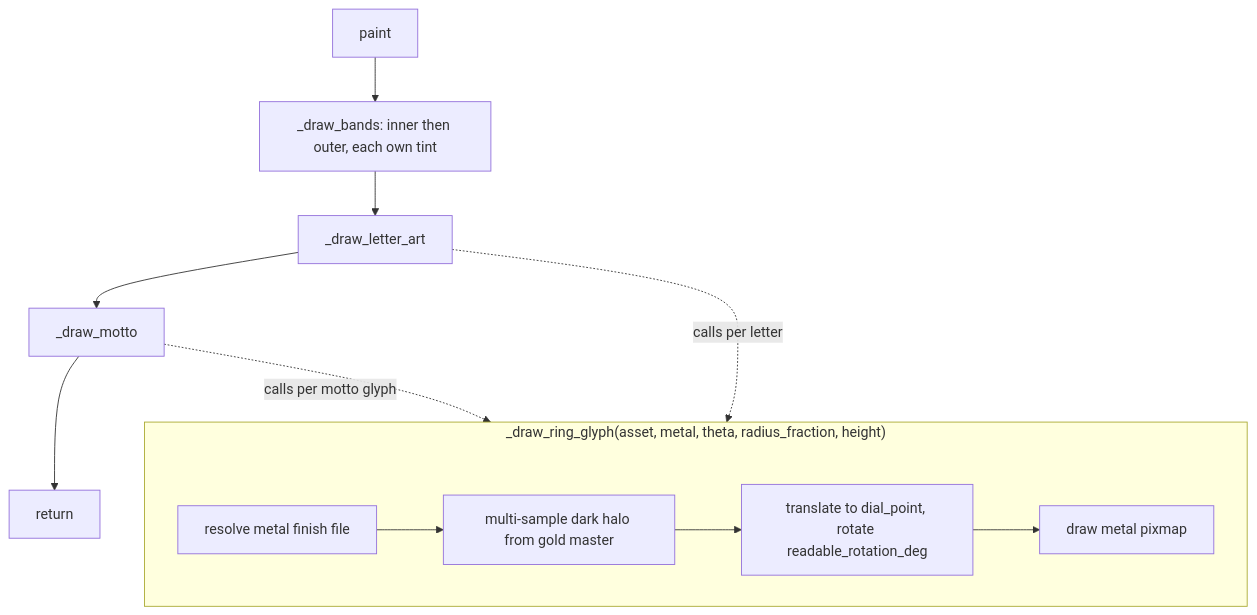
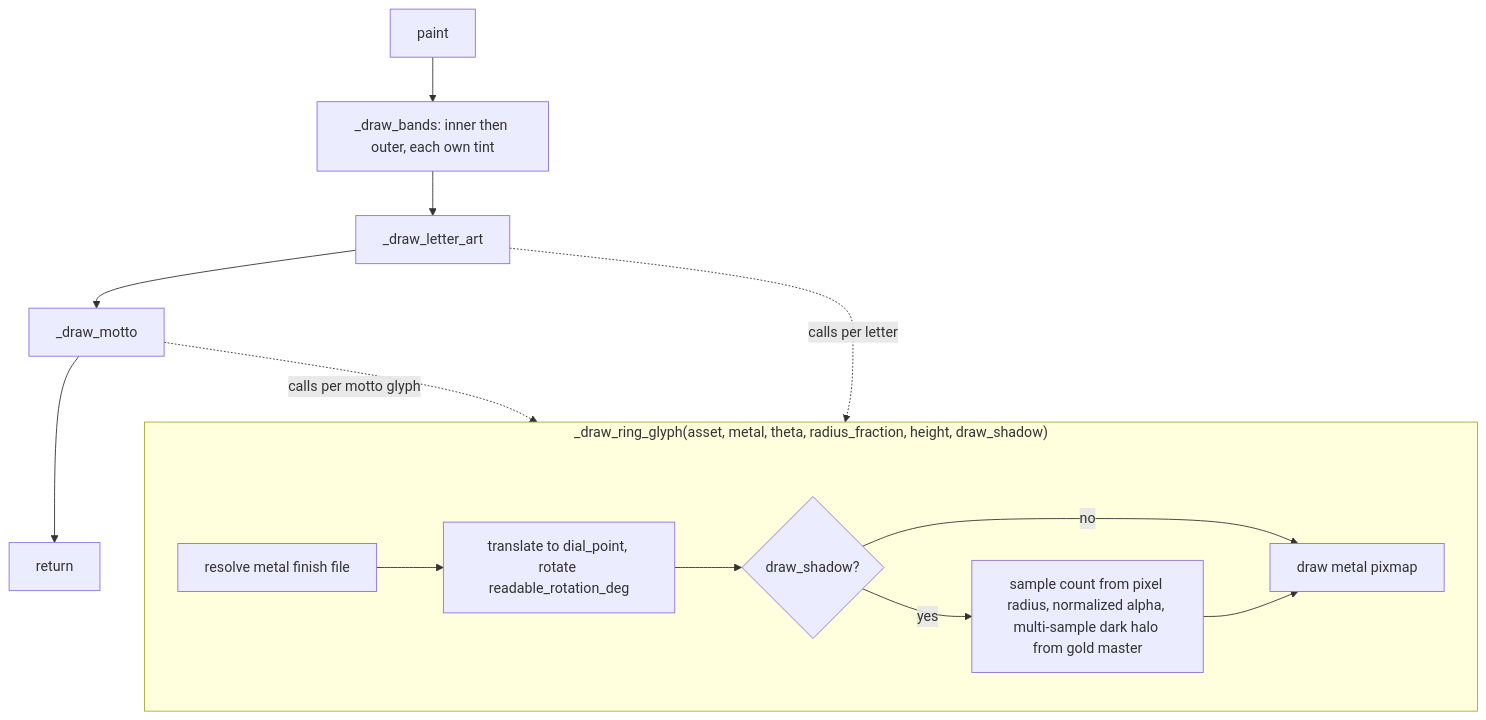
The diagram in render/layers/__flow/ring.md (UVuruna/Watch-Academy), drawn with Mermaid before and after one commit. The commit also changed other lines of this file and 9 other files, not shown here.

Commit message:
0.14.781 Shadow that scales with the pixel — and the Eye's shine replaces it

````diff
--- a/render/layers/__flow/ring.md
+++ b/render/layers/__flow/ring.md
@@ -7,13 +7,15 @@
 ```mermaid
 %%{init: {'flowchart': {'subGraphTitleMargin': {'top': 0, 'bottom': 35}}}}%%
 flowchart TB
     A[paint] --> B[_draw_bands: inner then outer, each own tint]
     B --> D[_draw_letter_art] --> E[_draw_motto] --> Z1[return]
-    subgraph GLYPH["_draw_ring_glyph(asset, metal, theta, radius_fraction, height)"]
-        J[resolve metal finish file] --> K[multi-sample dark halo from gold master]
-        K --> L[translate to dial_point, rotate readable_rotation_deg]
-        L --> M[draw metal pixmap]
+    subgraph GLYPH["_draw_ring_glyph(asset, metal, theta, radius_fraction, height, draw_shadow)"]
+        J[resolve metal finish file] --> L[translate to dial_point, rotate readable_rotation_deg]
+        L --> S{draw_shadow?}
+        S -->|yes| K[sample count from pixel radius, normalized alpha, multi-sample dark halo from gold master]
+        S -->|no| M
+        K --> M[draw metal pixmap]
     end
     D -.calls per letter.-> GLYPH
     E -.calls per motto glyph.-> GLYPH
 ```
````
